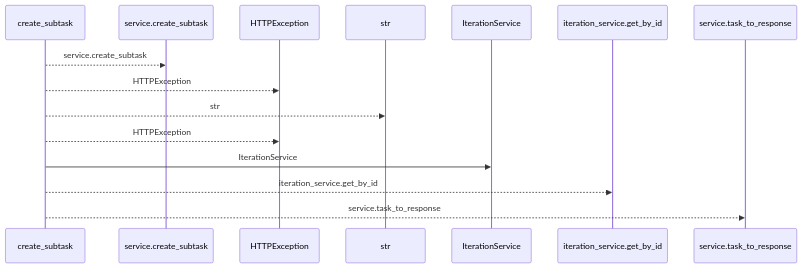
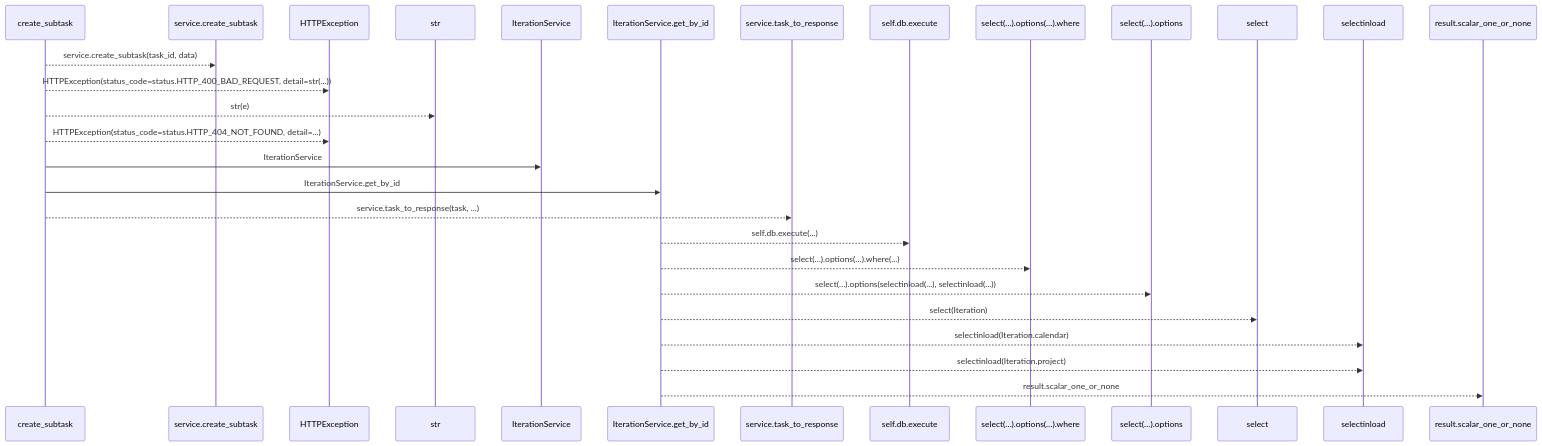
One commit to Denissvgn/WorkChord changed the first of 2 diagrams in docs/llm_wiki/flows/http-create_subtask.md. Above: the diagram before and after it, drawn with Mermaid. The commit also changed other lines of this file and 25171 other files, not shown here.

````diff
--- a/docs/llm_wiki/flows/http-create_subtask.md
+++ b/docs/llm_wiki/flows/http-create_subtask.md
@@ -10,17 +12,30 @@
 ```mermaid
 sequenceDiagram
     participant p0 as create_subtask
     participant p1 as service.create_subtask
     participant p2 as HTTPException
     participant p3 as str
     participant p4 as IterationService
-    participant p5 as iteration_service.get_by_id
+    participant p5 as IterationService.get_by_id
     participant p6 as service.task_to_response
-    p0-->>p1: service.create_subtask
-    p0-->>p2: HTTPException
-    p0-->>p3: str
-    p0-->>p2: HTTPException
+    participant p7 as self.db.execute
+    participant p8 as select(…).options(…).where
+    participant p9 as select(…).options
+    participant p10 as select
+    participant p11 as selectinload
+    participant p12 as result.scalar_one_or_none
+    p0-->>p1: service.create_subtask(task_id, data)
+    p0-->>p2: HTTPException(status_code=status.HTTP_400_BAD_REQUEST, detail=str(...))
+    p0-->>p3: str(e)
+    p0-->>p2: HTTPException(status_code=status.HTTP_404_NOT_FOUND, detail=...)
     p0->>p4: IterationService
-    p0-->>p5: iteration_service.get_by_id
-    p0-->>p6: service.task_to_response
+    p0->>p5: IterationService.get_by_id
+    p0-->>p6: service.task_to_response(task, ...)
+    p5-->>p7: self.db.execute(...)
+    p5-->>p8: select(…).options(…).where(...)
+    p5-->>p9: select(…).options(selectinload(...), selectinload(...))
+    p5-->>p10: select(Iteration)
+    p5-->>p11: selectinload(Iteration.calendar)
+    p5-->>p11: selectinload(Iteration.project)
+    p5-->>p12: result.scalar_one_or_none
 ```
````
